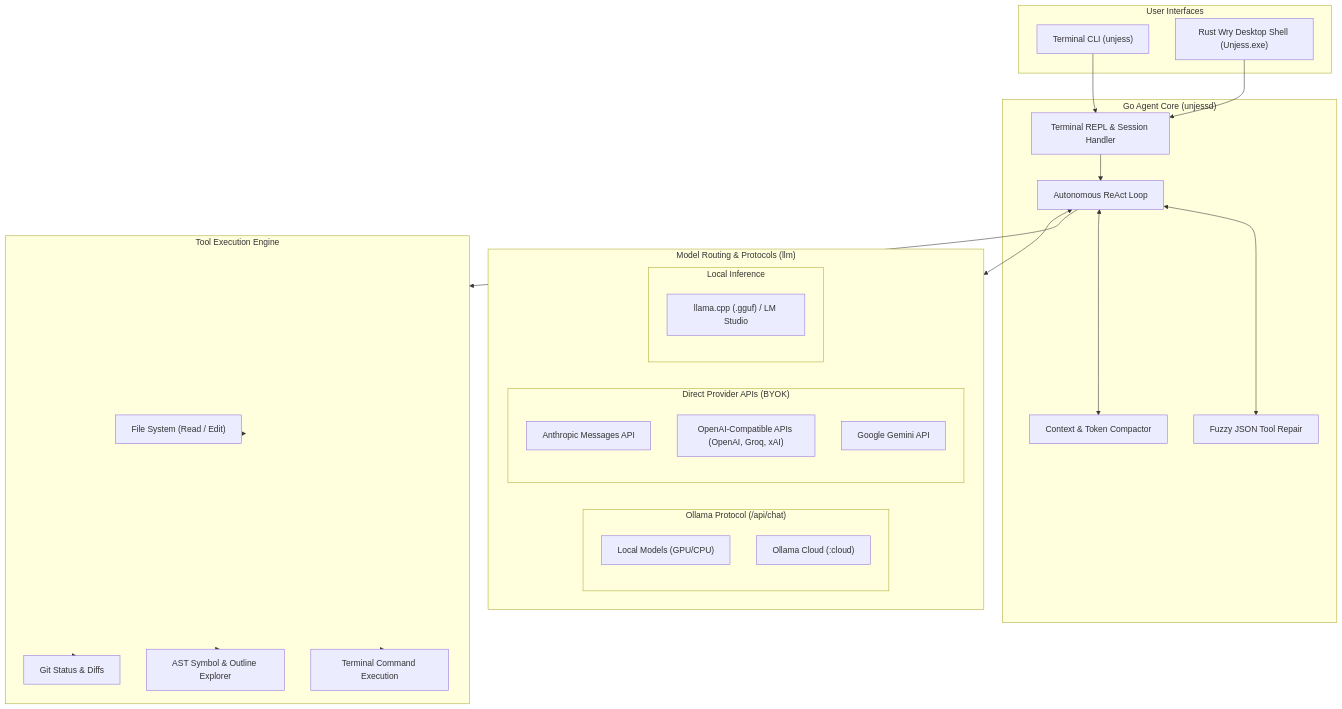
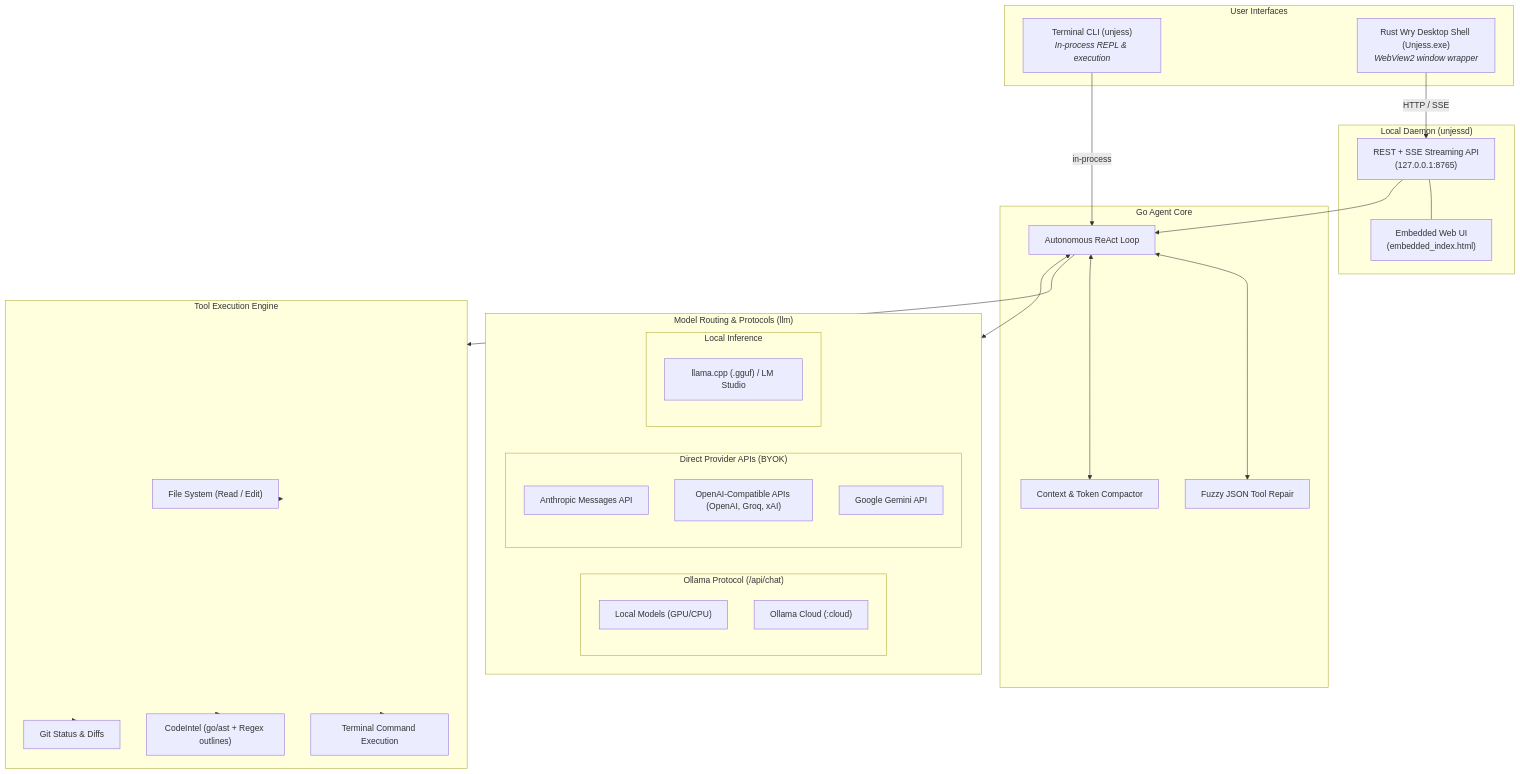
The diagram in README.md (Bexx1107/Unjess-Go), drawn with Mermaid before and after one commit. The commit also changed other lines of this file and 2 other files, not shown here.

Commit message:
fix(security,docs): close localhost RCE via origin lock and align architecture docs

````diff
--- a/README.md
+++ b/README.md
@@ -23,45 +23,50 @@
 ```mermaid
 flowchart TD
     subgraph UI["User Interfaces"]
-        CLI["Terminal CLI (unjess)"]
-        GUI["Rust Wry Desktop Shell (Unjess.exe)"]
+        CLI["Terminal CLI (unjess)<br/><i>In-process REPL & execution</i>"]
+        GUI["Rust Wry Desktop Shell (Unjess.exe)<br/><i>WebView2 window wrapper</i>"]
     end
 
-    subgraph Core["Go Agent Core (unjessd)"]
-        REPL["Terminal REPL & Session Handler"]
+    subgraph Server["Local Daemon (unjessd)"]
+        API["REST + SSE Streaming API<br/>(127.0.0.1:8765)"]
+        WebUI["Embedded Web UI<br/>(embedded_index.html)"]
+        API --- WebUI
+    end
+
+    subgraph Core["Go Agent Core"]
         Agent["Autonomous ReAct Loop"]
         Compactor["Context & Token Compactor"]
         Repair["Fuzzy JSON Tool Repair"]
     end
 
     subgraph Tools["Tool Execution Engine"]
         FS["File System (Read / Edit)"]
         Bash["Terminal Command Execution"]
-        AST["AST Symbol & Outline Explorer"]
+        CodeIntel["CodeIntel (go/ast + Regex outlines)"]
         Git["Git Status & Diffs"]
     end
 
     subgraph Providers["Model Routing & Protocols (llm)"]
         subgraph OllamaEngine["Ollama Protocol (/api/chat)"]
             LocalOllama["Local Models (GPU/CPU)"]
             OllamaCloud["Ollama Cloud (:cloud)"]
         end
         subgraph DirectAPI["Direct Provider APIs (BYOK)"]
             Anthropic["Anthropic Messages API"]
             OpenAIComp["OpenAI-Compatible APIs (OpenAI, Groq, xAI)"]
             Gemini["Google Gemini API"]
         end
         subgraph LocalInference["Local Inference"]
             LlamaCpp["llama.cpp (.gguf) / LM Studio"]
         end
     end
 
-    CLI --> REPL
-    GUI --> REPL
-    REPL --> Agent
+    CLI -->|in-process| Agent
+    GUI -->|HTTP / SSE| API
+    API --> Agent
     Agent <--> Repair
     Agent <--> Compactor
     Agent --> Tools
-    Tools --> FS & Bash & AST & Git
+    Tools --> FS & Bash & CodeIntel & Git
     Agent <--> Providers
 ```
````
